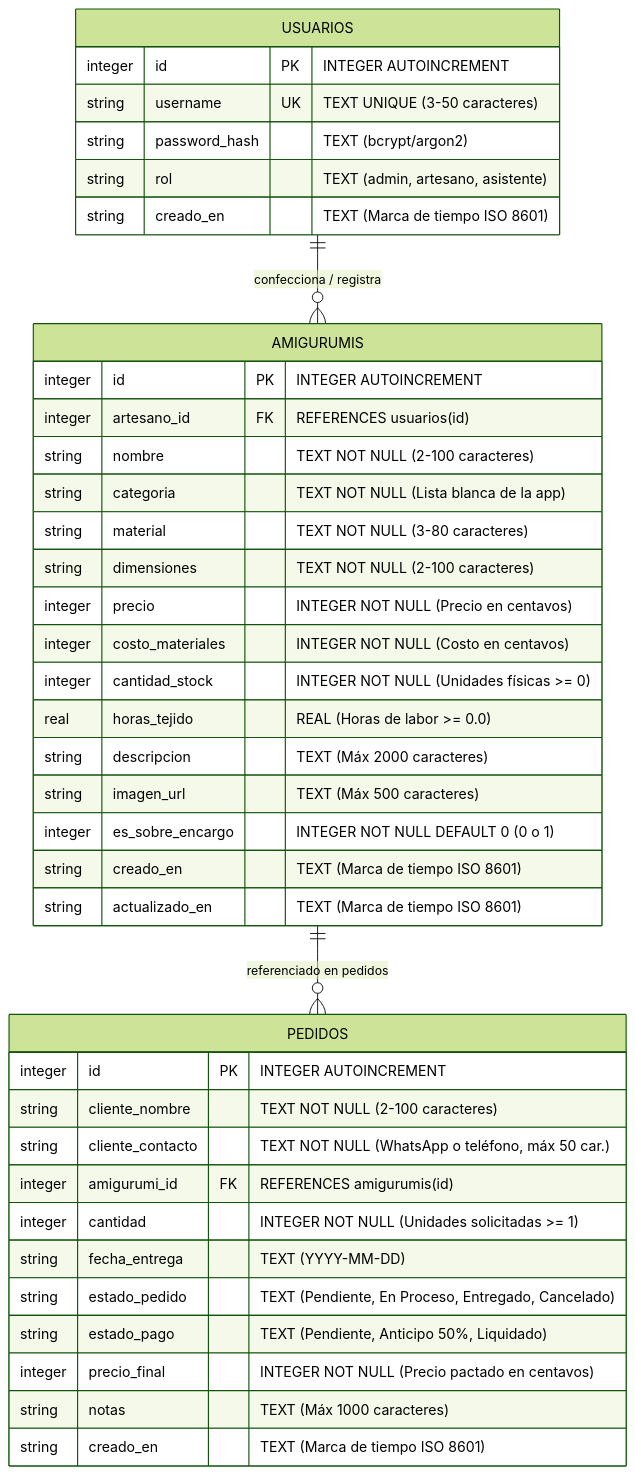
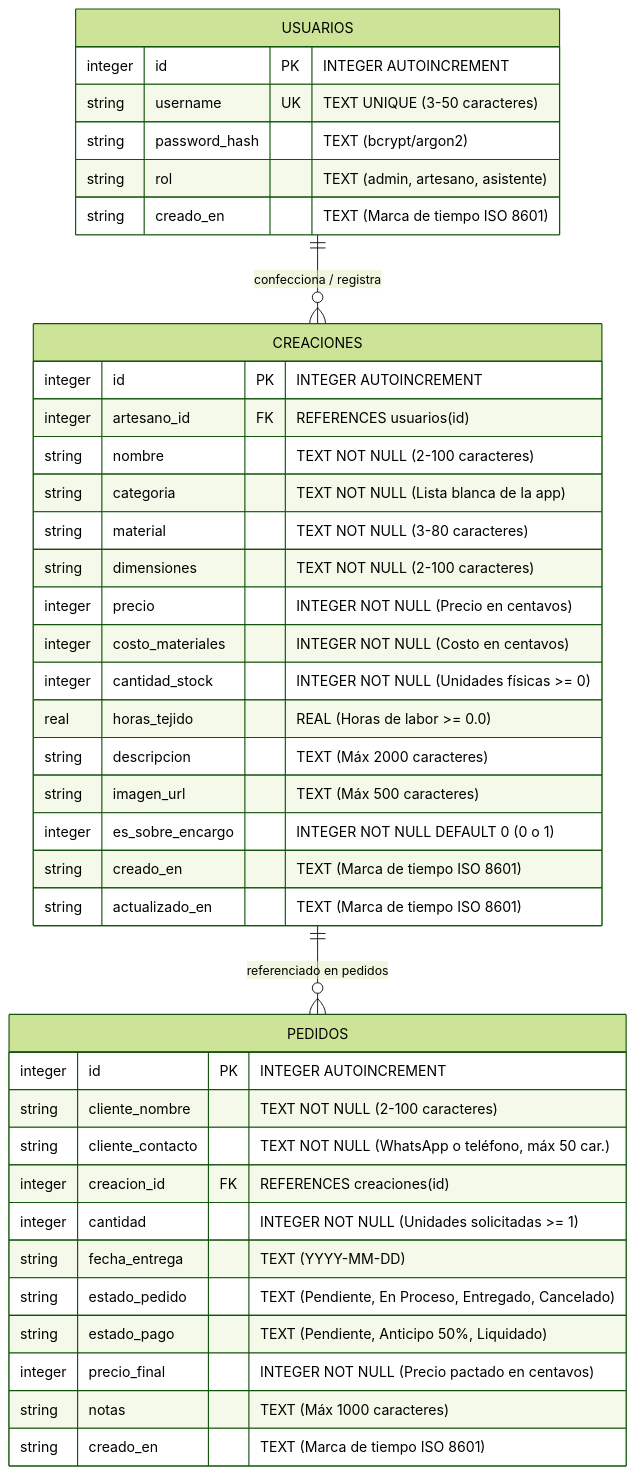
Before and after one commit to AngelKero/amigurumi-manager: the diagram in docs/data-model.es.md, drawn with Mermaid (forest theme). The commit also changed other lines of this file and 45 other files, not shown here.

Commit message:
refactor: rename amigurumi nomenclature to creaciones across modules, views, and components and add new creaciones management pages

````diff
--- a/docs/data-model.es.md
+++ b/docs/data-model.es.md
@@ -18,45 +18,45 @@
 ```mermaid
 erDiagram
     USUARIOS {
         integer id PK "INTEGER AUTOINCREMENT"
         string username UK "TEXT UNIQUE (3-50 caracteres)"
         string password_hash "TEXT (bcrypt/argon2)"
         string rol "TEXT (admin, artesano, asistente)"
         string creado_en "TEXT (Marca de tiempo ISO 8601)"
     }
 
-    AMIGURUMIS {
+    CREACIONES {
         integer id PK "INTEGER AUTOINCREMENT"
         integer artesano_id FK "REFERENCES usuarios(id)"
         string nombre "TEXT NOT NULL (2-100 caracteres)"
         string categoria "TEXT NOT NULL (Lista blanca de la app)"
         string material "TEXT NOT NULL (3-80 caracteres)"
         string dimensiones "TEXT NOT NULL (2-100 caracteres)"
         integer precio "INTEGER NOT NULL (Precio en centavos)"
         integer costo_materiales "INTEGER NOT NULL (Costo en centavos)"
         integer cantidad_stock "INTEGER NOT NULL (Unidades físicas >= 0)"
         real horas_tejido "REAL (Horas de labor >= 0.0)"
         string descripcion "TEXT (Máx 2000 caracteres)"
         string imagen_url "TEXT (Máx 500 caracteres)"
         integer es_sobre_encargo "INTEGER NOT NULL DEFAULT 0 (0 o 1)"
         string creado_en "TEXT (Marca de tiempo ISO 8601)"
         string actualizado_en "TEXT (Marca de tiempo ISO 8601)"
     }
 
     PEDIDOS {
         integer id PK "INTEGER AUTOINCREMENT"
         string cliente_nombre "TEXT NOT NULL (2-100 caracteres)"
         string cliente_contacto "TEXT NOT NULL (WhatsApp o teléfono, máx 50 car.)"
-        integer amigurumi_id FK "REFERENCES amigurumis(id)"
+        integer creacion_id FK "REFERENCES creaciones(id)"
         integer cantidad "INTEGER NOT NULL (Unidades solicitadas >= 1)"
         string fecha_entrega "TEXT (YYYY-MM-DD)"
         string estado_pedido "TEXT (Pendiente, En Proceso, Entregado, Cancelado)"
         string estado_pago "TEXT (Pendiente, Anticipo 50%, Liquidado)"
         integer precio_final "INTEGER NOT NULL (Precio pactado en centavos)"
         string notas "TEXT (Máx 1000 caracteres)"
         string creado_en "TEXT (Marca de tiempo ISO 8601)"
     }
 
-    USUARIOS ||--o{ AMIGURUMIS : "confecciona / registra"
-    AMIGURUMIS ||--o{ PEDIDOS : "referenciado en pedidos"
+    USUARIOS ||--o{ CREACIONES : "confecciona / registra"
+    CREACIONES ||--o{ PEDIDOS : "referenciado en pedidos"
 ```
````
